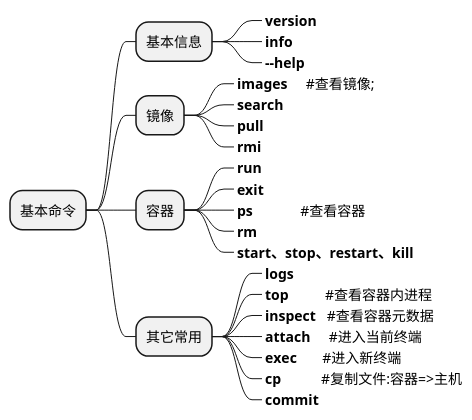
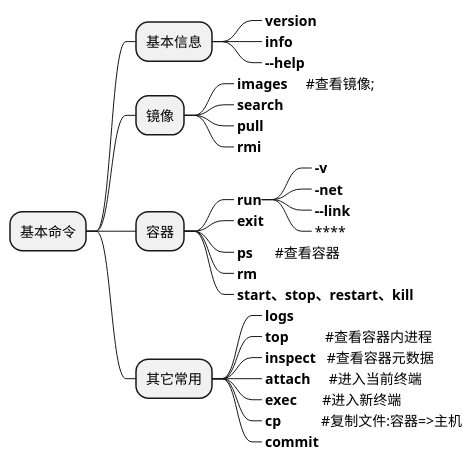
The diagram in docker/基本命令.md (JianXiLin/MyNote), drawn with PlantUML before and after one commit. The commit also changed other lines of this file and 17 other files, not shown here.

````diff
--- a/docker/基本命令.md
+++ b/docker/基本命令.md
@@ -5,29 +5,34 @@
 ```puml
 @startmindmap
 + 基本命令
 ++ 基本信息
 +++_ **version**
 +++_ **info**
 +++_ **--help**
 ++ 镜像
 +++_ **images**     #查看镜像;
 +++_ **search**
 +++_ **pull**
 +++_ **rmi**
 ++ 容器
 +++_ **run**
+++++_ **-v**
+++++_ **-net**
+++++_ **--link**
+++++_ ****
+
 +++_ **exit**
-+++_ **ps**             #查看容器
++++_ **ps**      #查看容器
 +++_ **rm**
 +++_ **start、stop、restart、kill**
 ++ 其它常用
 +++_ **logs**
 +++_ **top**          #查看容器内进程
 +++_ **inspect**   #查看容器元数据
 +++_ **attach**     #进入当前终端
 +++_ **exec**       #进入新终端
 +++_ **cp**           #复制文件:容器=>主机
 +++_ **commit**
 
 @endmindmap
 ```
````
